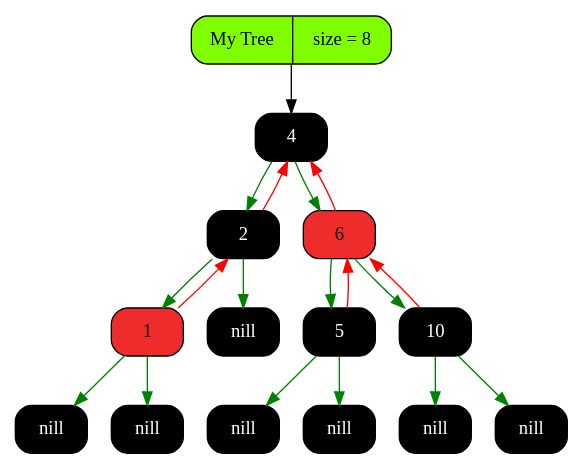
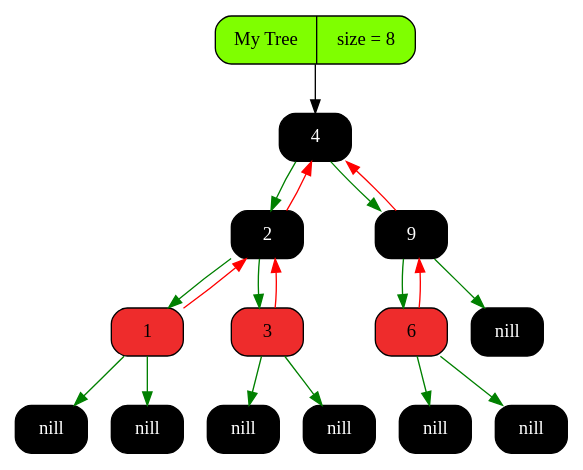
One commit to Pelmeshka127/RedBlackTree changed the diagram in graphics/graph.dot. Above: the diagram before and after it, drawn with Graphviz. The commit also changed 4 other files, not shown here.

```diff
--- a/graphics/graph.dot
+++ b/graphics/graph.dot
@@ -1,38 +1,38 @@
 digraph Tree
 {
    rankdir = HR;
    node[fontsize=14];
    edge[color="black",fontcolor="blue",fontsize=12];
    tree[shape = Mrecord, style = filled, fillcolor = "chartreuse1", label = "My Tree | size = 8"];
-   "0x13a004080"[shape = Mrecord, style = filled, fontcolor = "white", fillcolor = "black",   label = " <value> 4"];
-  "0x13a004080" -> "0x138f04080" [color = "green"];
-  "0x138f04080" -> "0x13a004080" [color = "red"];
-  "0x13a004080" -> "0x138f04170" [color = "green"];
-  "0x138f04170" -> "0x13a004080" [color = "red"];
-   "0x138f04080"[shape = Mrecord, style = filled, fontcolor = "white", fillcolor = "black",   label = " <value> 2"];
-  "0x138f04080" -> "0x13a004170" [color = "green"];
-  "0x13a004170" -> "0x138f04080" [color = "red"];
-   "0x138f04080right"[shape = Mrecord, style = filled, fontcolor = "white", fillcolor = "black",   label = " <value> nill"];
-  "0x138f04080" -> "0x138f04080right" [color = "green"];
-  "0x13a004170"[shape = Mrecord, style = filled, fillcolor = "firebrick2",   label = " <value> 1"];
-   "0x13a004170left"[shape = Mrecord, style = filled, fontcolor = "white", fillcolor = "black",   label = " <value> nill"];
-  "0x13a004170" -> "0x13a004170left" [color = "green"];
-   "0x13a004170right"[shape = Mrecord, style = filled, fontcolor = "white", fillcolor = "black",   label = " <value> nill"];
-  "0x13a004170" -> "0x13a004170right" [color = "green"];
-  "0x138f04170"[shape = Mrecord, style = filled, fillcolor = "firebrick2",   label = " <value> 6"];
-  "0x138f04170" -> "0x138e06750" [color = "green"];
-  "0x138e06750" -> "0x138f04170" [color = "red"];
-  "0x138f04170" -> "0x13a104170" [color = "green"];
-  "0x13a104170" -> "0x138f04170" [color = "red"];
-   "0x138e06750"[shape = Mrecord, style = filled, fontcolor = "white", fillcolor = "black",   label = " <value> 5"];
-   "0x138e06750left"[shape = Mrecord, style = filled, fontcolor = "white", fillcolor = "black",   label = " <value> nill"];
-  "0x138e06750" -> "0x138e06750left" [color = "green"];
-   "0x138e06750right"[shape = Mrecord, style = filled, fontcolor = "white", fillcolor = "black",   label = " <value> nill"];
-  "0x138e06750" -> "0x138e06750right" [color = "green"];
-   "0x13a104170"[shape = Mrecord, style = filled, fontcolor = "white", fillcolor = "black",   label = " <value> 10"];
-   "0x13a104170left"[shape = Mrecord, style = filled, fontcolor = "white", fillcolor = "black",   label = " <value> nill"];
-  "0x13a104170" -> "0x13a104170left" [color = "green"];
-   "0x13a104170right"[shape = Mrecord, style = filled, fontcolor = "white", fillcolor = "black",   label = " <value> nill"];
-  "0x13a104170" -> "0x13a104170right" [color = "green"];
-   tree -> "0x13a004080" [color = "gray0"];
+   "0x14c804080"[shape = Mrecord, style = filled, fontcolor = "white", fillcolor = "black",   label = " <value> 4"];
+  "0x14c804080" -> "0x14b704080" [color = "green"];
+  "0x14b704080" -> "0x14c804080" [color = "red"];
+  "0x14c804080" -> "0x14b606880" [color = "green"];
+  "0x14b606880" -> "0x14c804080" [color = "red"];
+   "0x14b704080"[shape = Mrecord, style = filled, fontcolor = "white", fillcolor = "black",   label = " <value> 2"];
+  "0x14b704080" -> "0x14c904080" [color = "green"];
+  "0x14c904080" -> "0x14b704080" [color = "red"];
+  "0x14b704080" -> "0x14b606860" [color = "green"];
+  "0x14b606860" -> "0x14b704080" [color = "red"];
+  "0x14c904080"[shape = Mrecord, style = filled, fillcolor = "firebrick2",   label = " <value> 1"];
+   "0x14c904080left"[shape = Mrecord, style = filled, fontcolor = "white", fillcolor = "black",   label = " <value> nill"];
+  "0x14c904080" -> "0x14c904080left" [color = "green"];
+   "0x14c904080right"[shape = Mrecord, style = filled, fontcolor = "white", fillcolor = "black",   label = " <value> nill"];
+  "0x14c904080" -> "0x14c904080right" [color = "green"];
+  "0x14b606860"[shape = Mrecord, style = filled, fillcolor = "firebrick2",   label = " <value> 3"];
+   "0x14b606860left"[shape = Mrecord, style = filled, fontcolor = "white", fillcolor = "black",   label = " <value> nill"];
+  "0x14b606860" -> "0x14b606860left" [color = "green"];
+   "0x14b606860right"[shape = Mrecord, style = filled, fontcolor = "white", fillcolor = "black",   label = " <value> nill"];
+  "0x14b606860" -> "0x14b606860right" [color = "green"];
+   "0x14b606880"[shape = Mrecord, style = filled, fontcolor = "white", fillcolor = "black",   label = " <value> 9"];
+  "0x14b606880" -> "0x14b606840" [color = "green"];
+  "0x14b606840" -> "0x14b606880" [color = "red"];
+   "0x14b606880right"[shape = Mrecord, style = filled, fontcolor = "white", fillcolor = "black",   label = " <value> nill"];
+  "0x14b606880" -> "0x14b606880right" [color = "green"];
+  "0x14b606840"[shape = Mrecord, style = filled, fillcolor = "firebrick2",   label = " <value> 6"];
+   "0x14b606840left"[shape = Mrecord, style = filled, fontcolor = "white", fillcolor = "black",   label = " <value> nill"];
+  "0x14b606840" -> "0x14b606840left" [color = "green"];
+   "0x14b606840right"[shape = Mrecord, style = filled, fontcolor = "white", fillcolor = "black",   label = " <value> nill"];
+  "0x14b606840" -> "0x14b606840right" [color = "green"];
+   tree -> "0x14c804080" [color = "gray0"];
 }
```
